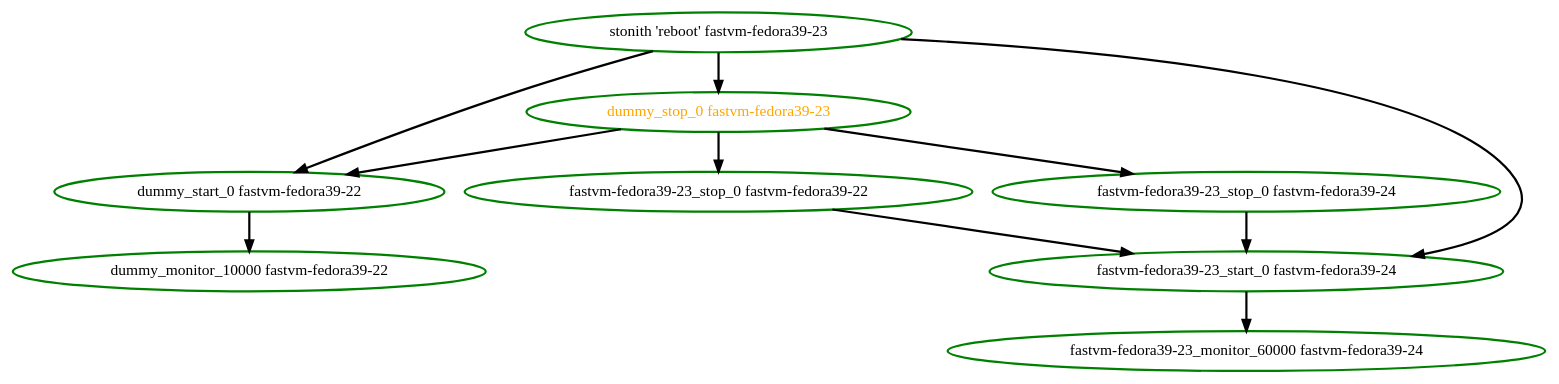
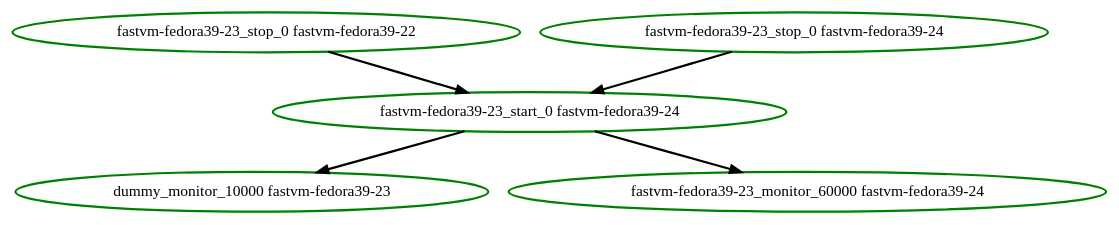
Before and after one commit to ClusterLabs/pacemaker: the diagram in cts/scheduler/dot/remote-failed-migrate2.dot, drawn with Graphviz. The commit also changed 21 other files, not shown here.

```diff
--- a/cts/scheduler/dot/remote-failed-migrate2.dot
+++ b/cts/scheduler/dot/remote-failed-migrate2.dot
@@ -1,20 +1,11 @@
  digraph "g" {
-"dummy_monitor_10000 fastvm-fedora39-22" [ style=bold color="green" fontcolor="black"]
-"dummy_start_0 fastvm-fedora39-22" -> "dummy_monitor_10000 fastvm-fedora39-22" [ style = bold]
-"dummy_start_0 fastvm-fedora39-22" [ style=bold color="green" fontcolor="black"]
-"dummy_stop_0 fastvm-fedora39-23" -> "dummy_start_0 fastvm-fedora39-22" [ style = bold]
-"dummy_stop_0 fastvm-fedora39-23" -> "fastvm-fedora39-23_stop_0 fastvm-fedora39-22" [ style = bold]
-"dummy_stop_0 fastvm-fedora39-23" -> "fastvm-fedora39-23_stop_0 fastvm-fedora39-24" [ style = bold]
-"dummy_stop_0 fastvm-fedora39-23" [ style=bold color="green" fontcolor="orange"]
+"dummy_monitor_10000 fastvm-fedora39-23" [ style=bold color="green" fontcolor="black"]
 "fastvm-fedora39-23_monitor_60000 fastvm-fedora39-24" [ style=bold color="green" fontcolor="black"]
+"fastvm-fedora39-23_start_0 fastvm-fedora39-24" -> "dummy_monitor_10000 fastvm-fedora39-23" [ style = bold]
 "fastvm-fedora39-23_start_0 fastvm-fedora39-24" -> "fastvm-fedora39-23_monitor_60000 fastvm-fedora39-24" [ style = bold]
 "fastvm-fedora39-23_start_0 fastvm-fedora39-24" [ style=bold color="green" fontcolor="black"]
 "fastvm-fedora39-23_stop_0 fastvm-fedora39-22" -> "fastvm-fedora39-23_start_0 fastvm-fedora39-24" [ style = bold]
 "fastvm-fedora39-23_stop_0 fastvm-fedora39-22" [ style=bold color="green" fontcolor="black"]
 "fastvm-fedora39-23_stop_0 fastvm-fedora39-24" -> "fastvm-fedora39-23_start_0 fastvm-fedora39-24" [ style = bold]
 "fastvm-fedora39-23_stop_0 fastvm-fedora39-24" [ style=bold color="green" fontcolor="black"]
-"stonith 'reboot' fastvm-fedora39-23" -> "dummy_start_0 fastvm-fedora39-22" [ style = bold]
-"stonith 'reboot' fastvm-fedora39-23" -> "dummy_stop_0 fastvm-fedora39-23" [ style = bold]
-"stonith 'reboot' fastvm-fedora39-23" -> "fastvm-fedora39-23_start_0 fastvm-fedora39-24" [ style = bold]
-"stonith 'reboot' fastvm-fedora39-23" [ style=bold color="green" fontcolor="black"]
 }
```
